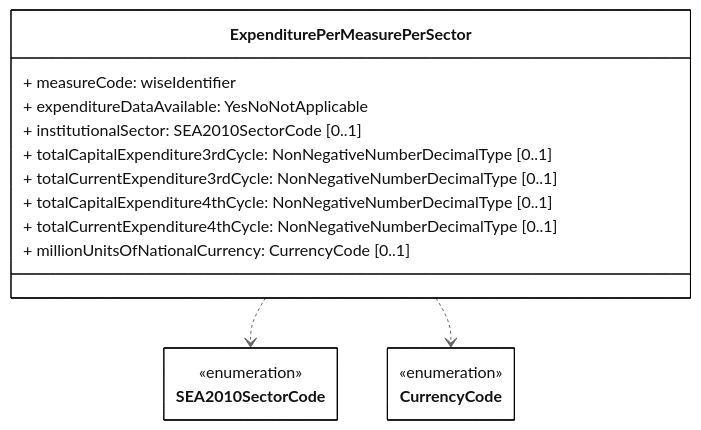
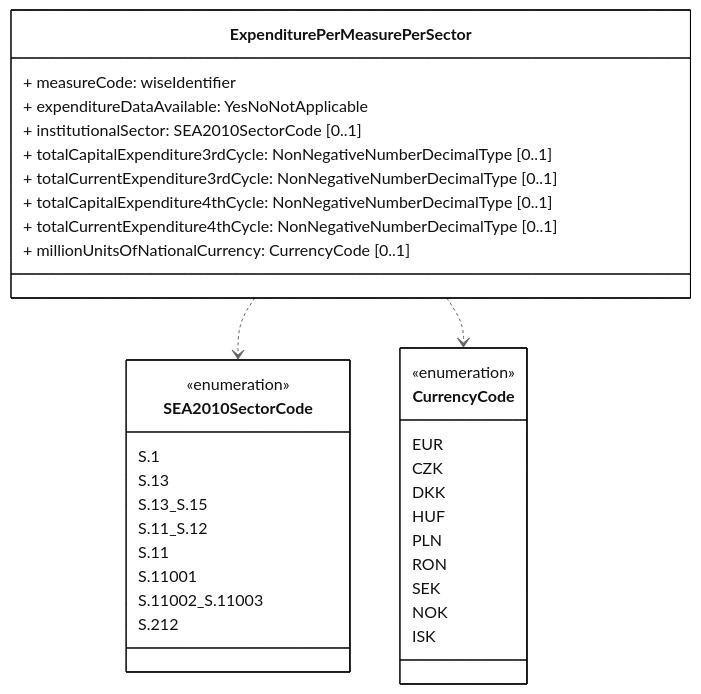
Before and after one commit to eeadata/WISE.WFD.Documentation: the diagram in docs/DataModelReview/mmd/Measures_4thCycle_ExpenditurePerMeasurePerSector_ClassDiagram.mmd, drawn with Mermaid. The commit also changed 8 other files, not shown here.

```diff
--- a/docs/DataModelReview/mmd/Measures_4thCycle_ExpenditurePerMeasurePerSector_ClassDiagram.mmd
+++ b/docs/DataModelReview/mmd/Measures_4thCycle_ExpenditurePerMeasurePerSector_ClassDiagram.mmd
@@ -1,36 +1,54 @@
 ---
 config:
   class:
     hideEmptyMembersBox: true
   layout: dagre
   theme: neutral
 ---
 classDiagram
 direction TB
 
 class ExpenditurePerMeasurePerSector {
 + measureCode: wiseIdentifier
 + expenditureDataAvailable: YesNoNotApplicable
 + institutionalSector: SEA2010SectorCode [0..1]
 
 + totalCapitalExpenditure3rdCycle: NonNegativeNumberDecimalType [0..1]
 + totalCurrentExpenditure3rdCycle: NonNegativeNumberDecimalType [0..1]
 
 + totalCapitalExpenditure4thCycle: NonNegativeNumberDecimalType [0..1]
 + totalCurrentExpenditure4thCycle: NonNegativeNumberDecimalType [0..1]
 
 + millionUnitsOfNationalCurrency: CurrencyCode [0..1]
 }
 
 class SEA2010SectorCode{
-    <<enumeration>>
-    }
+  <<enumeration>>
+  S.1
+  S.13
+  S.13_S.15
+  S.11_S.12
+  S.11
+  S.11001
+  S.11002_S.11003
+  S.212
+  }
+
 class CurrencyCode{
     <<enumeration>>
+    EUR
+    CZK
+    DKK
+    HUF
+    PLN
+    RON
+    SEK
+    NOK
+    ISK
     }
 
 ExpenditurePerMeasurePerSector ..> SEA2010SectorCode
 ExpenditurePerMeasurePerSector ..> CurrencyCode
 
 classDef default fill:white,stroke:#000;
 classDef forFixing fill:white,stroke:#f00;
```
